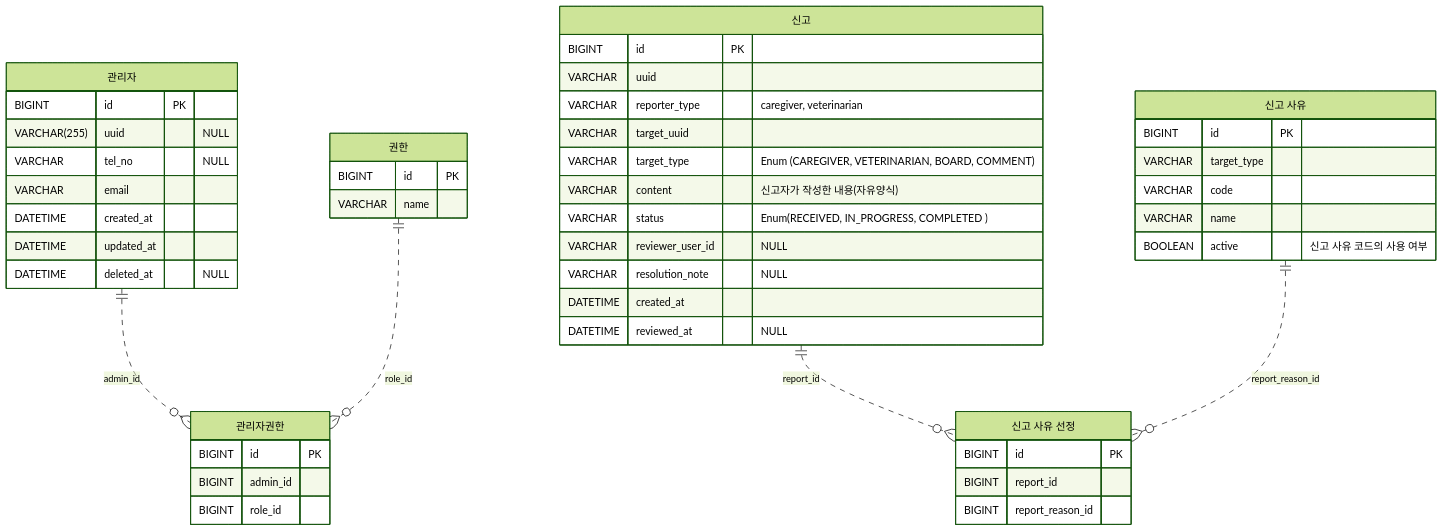
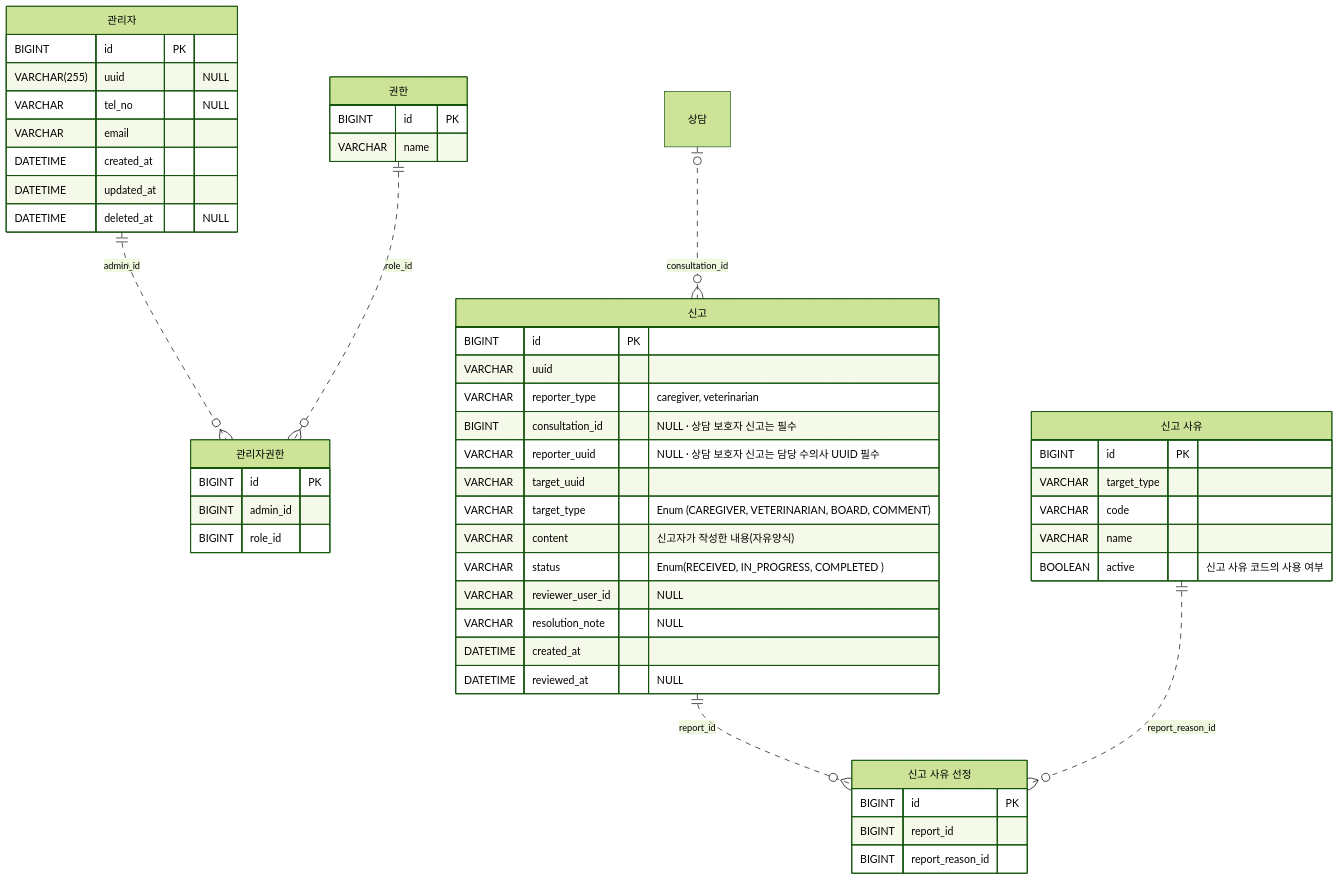
One commit to louie-kury/louie-kury-back changed the seventh of 7 diagrams in docs/erd.md. Above: the diagram before and after it, drawn with Mermaid (forest theme). The commit also changed other lines of this file, not shown here.

````diff
--- a/docs/erd.md
+++ b/docs/erd.md
@@ -517,51 +551,54 @@
 ```mermaid
 erDiagram
     "관리자" ||..o{ "관리자권한" : "admin_id"
     "권한" ||..o{ "관리자권한" : "role_id"
+    "상담" |o..o{ "신고" : "consultation_id"
     "신고" ||..o{ "신고 사유 선정" : "report_id"
     "신고 사유" ||..o{ "신고 사유 선정" : "report_reason_id"
 
     "관리자" {
         BIGINT id PK
         VARCHAR(255) uuid "NULL"
         VARCHAR tel_no "NULL"
         VARCHAR email
         DATETIME created_at
         DATETIME updated_at
         DATETIME deleted_at "NULL"
     }
     "권한" {
         BIGINT id PK
         VARCHAR name
     }
     "관리자권한" {
         BIGINT id PK
         BIGINT admin_id
         BIGINT role_id
     }
     "신고" {
         BIGINT id PK
         VARCHAR uuid
         VARCHAR reporter_type "caregiver, veterinarian"
+        BIGINT consultation_id "NULL · 상담 보호자 신고는 필수"
+        VARCHAR reporter_uuid "NULL · 상담 보호자 신고는 담당 수의사 UUID 필수"
         VARCHAR target_uuid
         VARCHAR target_type "Enum (CAREGIVER, VETERINARIAN, BOARD, COMMENT)"
         VARCHAR content "신고자가 작성한 내용(자유양식)"
         VARCHAR status "Enum(RECEIVED, IN_PROGRESS, COMPLETED )"
         VARCHAR reviewer_user_id "NULL"
         VARCHAR resolution_note "NULL"
         DATETIME created_at
         DATETIME reviewed_at "NULL"
     }
     "신고 사유" {
         BIGINT id PK
         VARCHAR target_type
         VARCHAR code
         VARCHAR name
         BOOLEAN active "신고 사유 코드의 사용 여부"
     }
     "신고 사유 선정" {
         BIGINT id PK
         BIGINT report_id
         BIGINT report_reason_id
     }
 ```
````
